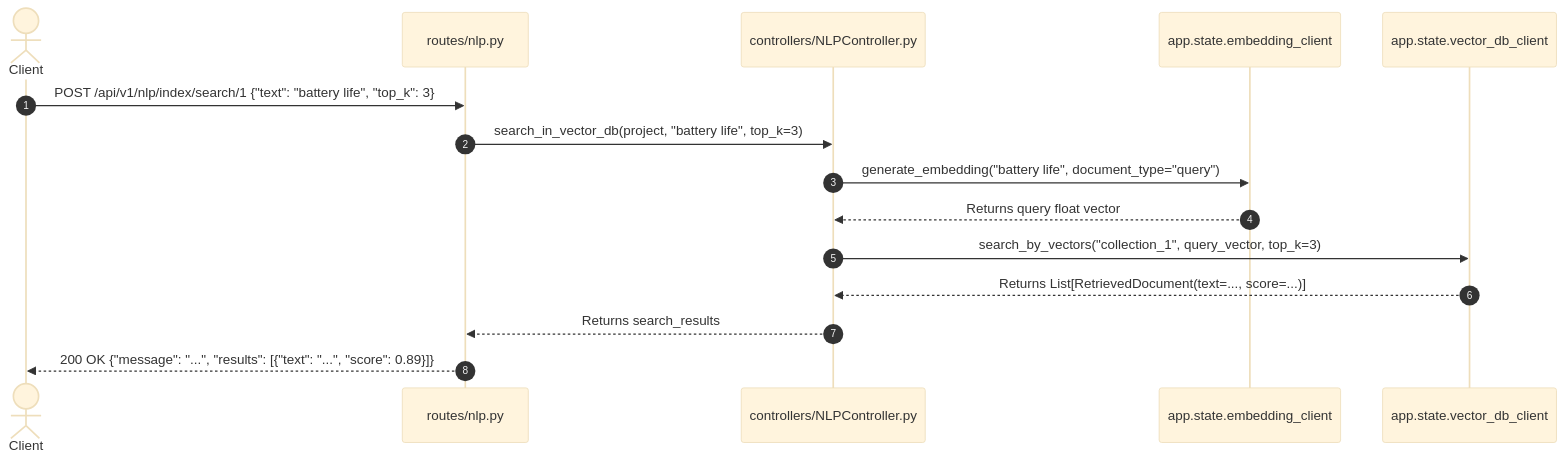
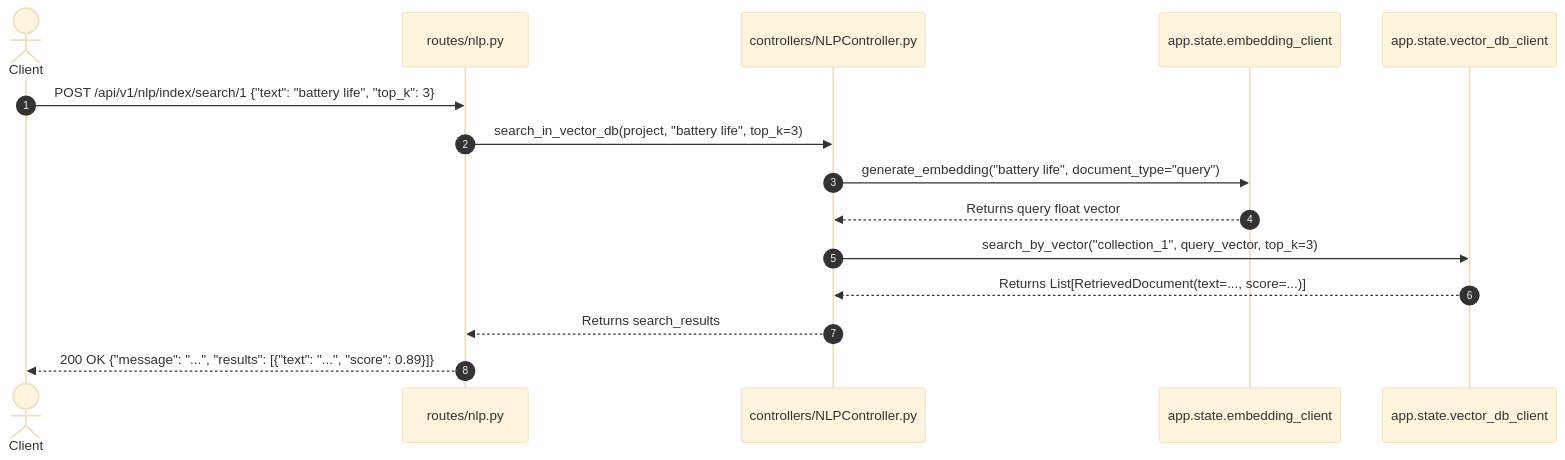
The sixth of 12 diagrams in README.md (ahmedeldamaty20/mini-rag), drawn with Mermaid (base theme) before and after one commit. The commit also changed other lines of this file and 9 other files, not shown here.

````diff
--- a/README.md
+++ b/README.md
@@ -461,18 +461,18 @@
 ```mermaid
 sequenceDiagram
     autonumber
     actor Client
     participant Router as routes/nlp.py
     participant NLPCtrl as controllers/NLPController.py
     participant EmbedLLM as app.state.embedding_client
     participant VectorDB as app.state.vector_db_client
 
     Client->>Router: POST /api/v1/nlp/index/search/1 {"text": "battery life", "top_k": 3}
     Router->>NLPCtrl: search_in_vector_db(project, "battery life", top_k=3)
     NLPCtrl->>EmbedLLM: generate_embedding("battery life", document_type="query")
     EmbedLLM-->>NLPCtrl: Returns query float vector
-    NLPCtrl->>VectorDB: search_by_vectors("collection_1", query_vector, top_k=3)
+    NLPCtrl->>VectorDB: search_by_vector("collection_1", query_vector, top_k=3)
     VectorDB-->>NLPCtrl: Returns List[RetrievedDocument(text=..., score=...)]
     NLPCtrl-->>Router: Returns search_results
     Router-->>Client: 200 OK {"message": "...", "results": [{"text": "...", "score": 0.89}]}
 ```
````
